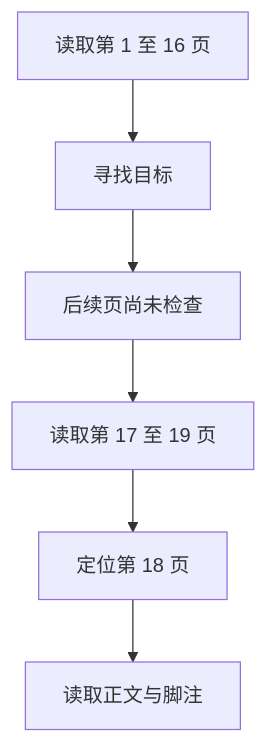
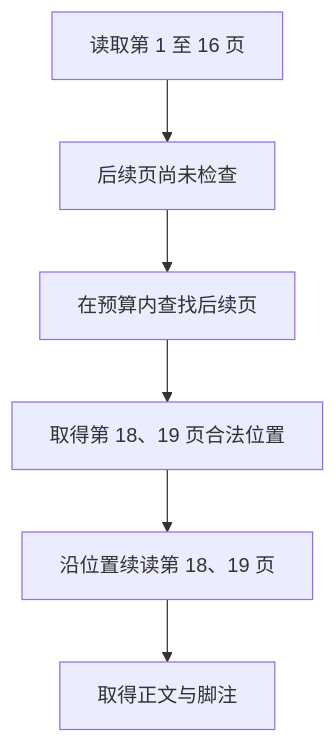
One commit to hpoenixf/eff-agent-article changed the sixth of 10 diagrams in articles/021-agent-web-research-from-search-to-deep-reading.md. Above: the diagram before and after it, drawn with Mermaid. The commit also changed other lines of this file and 47 other files, not shown here.

````diff
--- a/articles/021-agent-web-research-from-search-to-deep-reading.md
+++ b/articles/021-agent-web-research-from-search-to-deep-reading.md
@@ -127,8 +138,8 @@
 ```mermaid
 graph TD
-ReadPages1to16["读取第 1 至 16 页"] --> FindTarget["寻找目标"]
-FindTarget --> LaterPagesUnchecked["后续页尚未检查"]
-LaterPagesUnchecked --> ReadPages17to19["读取第 17 至 19 页"]
-ReadPages17to19 --> LocatePage18["定位第 18 页"]
-LocatePage18 --> ReadTextAndFootnote["读取正文与脚注"]
+ReadPages1to16["读取第 1 至 16 页"] --> LaterPagesUnchecked["后续页尚未检查"]
+LaterPagesUnchecked --> FindTarget["在预算内查找后续页"]
+FindTarget --> LocatePages18And19["取得第 18、19 页合法位置"]
+LocatePages18And19 --> ReadPages18to19["沿位置续读第 18、19 页"]
+ReadPages18to19 --> ReadTextAndFootnote["取得正文与脚注"]
 ```
````
